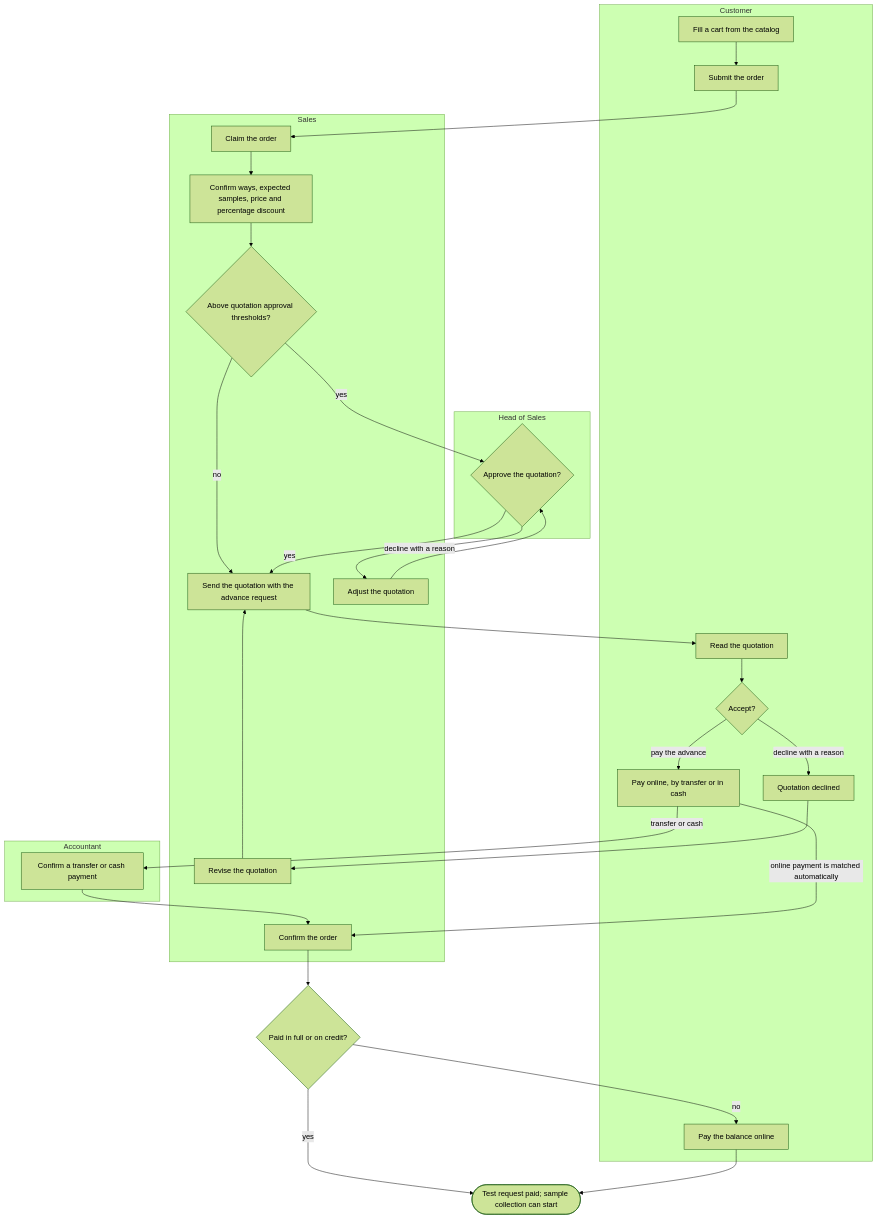
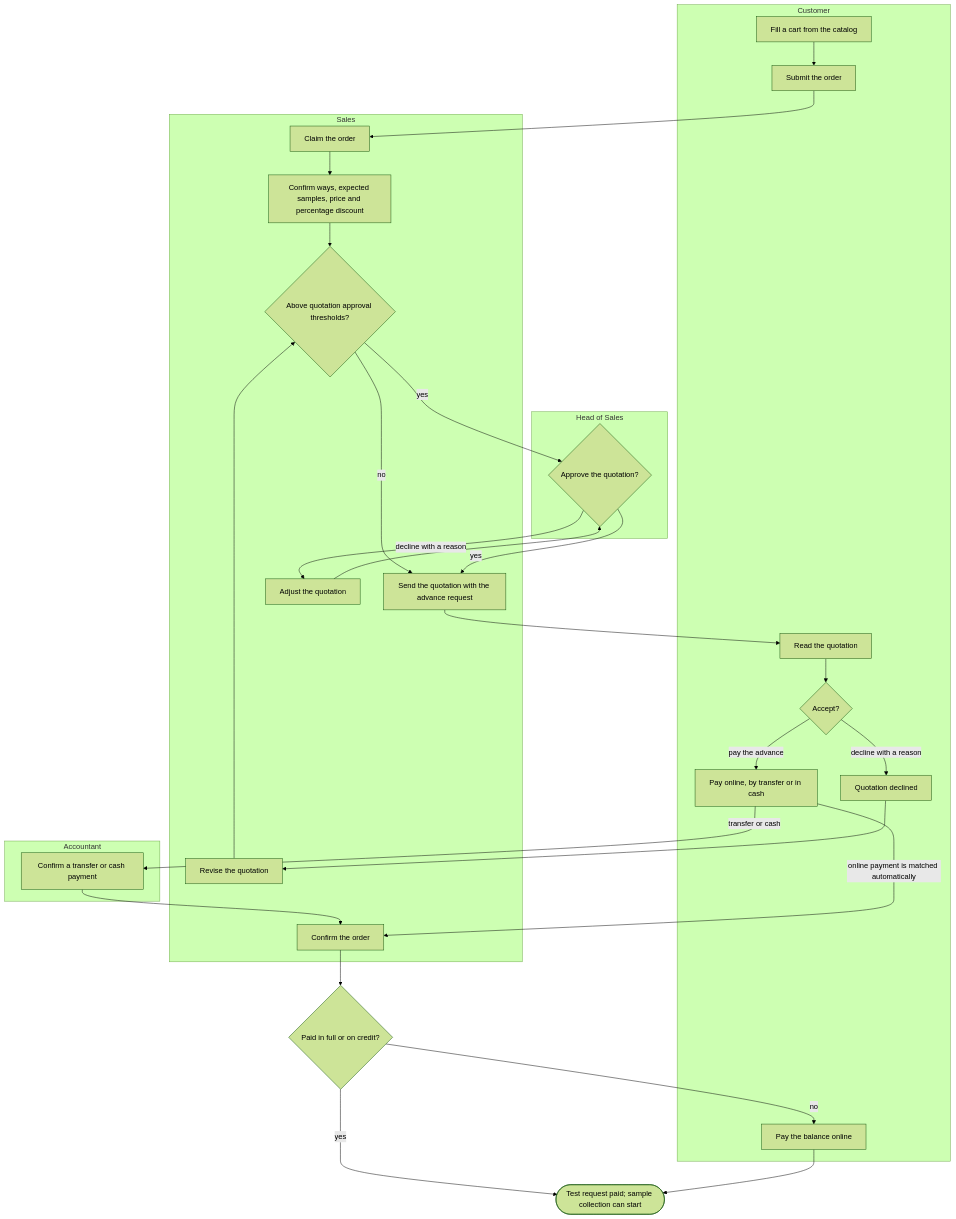
Before and after one commit to SoltuneMontepre/medilab: the first of 17 diagrams in docs/functional/business-flows.md, drawn with Mermaid (forest theme). The commit also changed other lines of this file and 10 other files, not shown here.

````diff
--- a/docs/functional/business-flows.md
+++ b/docs/functional/business-flows.md
@@ -48,35 +48,35 @@
 ```mermaid
 flowchart TD
     subgraph lane1 ["Customer"]
         c1[Fill a cart from the catalog] --> c2[Submit the order]
         c3[Read the quotation] --> c4{Accept?}
         c4 -->|pay the advance| c5[Pay online, by transfer or in cash]
         c4 -->|decline with a reason| c6[Quotation declined]
         c7[Pay the balance online]
     end
     subgraph lane2 ["Sales"]
         s1[Claim the order] --> s2[Confirm ways, expected samples, price and percentage discount]
         s2 --> gate{Above quotation approval thresholds?}
         gate -->|no| s3[Send the quotation with the advance request]
         s4[Confirm the order]
         s6[Revise the quotation]
         s7[Adjust the quotation]
     end
     subgraph lane3 ["Accountant"]
         a1[Confirm a transfer or cash payment]
     end
     subgraph lane4 ["Head of Sales"]
         h0{Approve the quotation?}
     end
     c2 --> s1
     gate -->|yes| h0
     h0 -->|yes| s3
     h0 -->|decline with a reason| s7 --> h0
     s3 --> c3
     c5 -->|online payment is matched automatically| s4
     c5 -->|transfer or cash| a1 --> s4
-    c6 --> s6 --> s3
+    c6 --> s6 --> gate
     s4 --> paid{Paid in full or on credit?}
     paid -->|yes| done(["Test request paid; sample collection can start"])
     paid -->|no| c7 --> done
 ```
````
